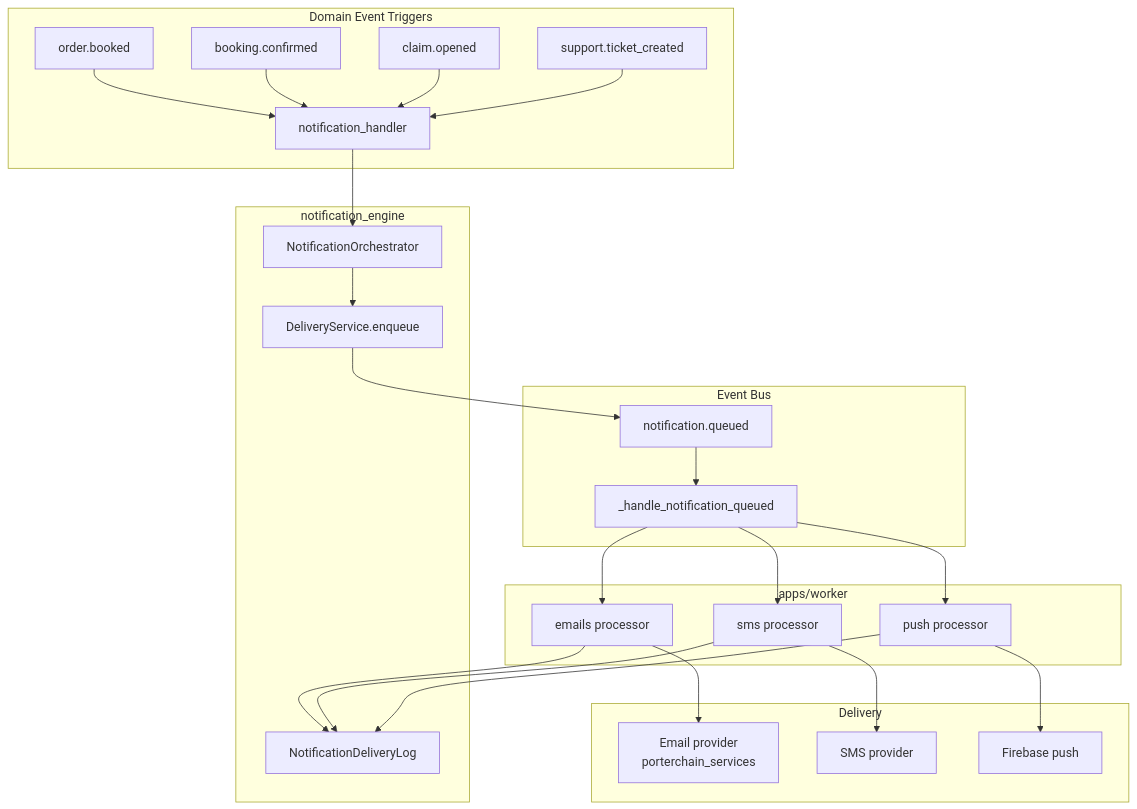
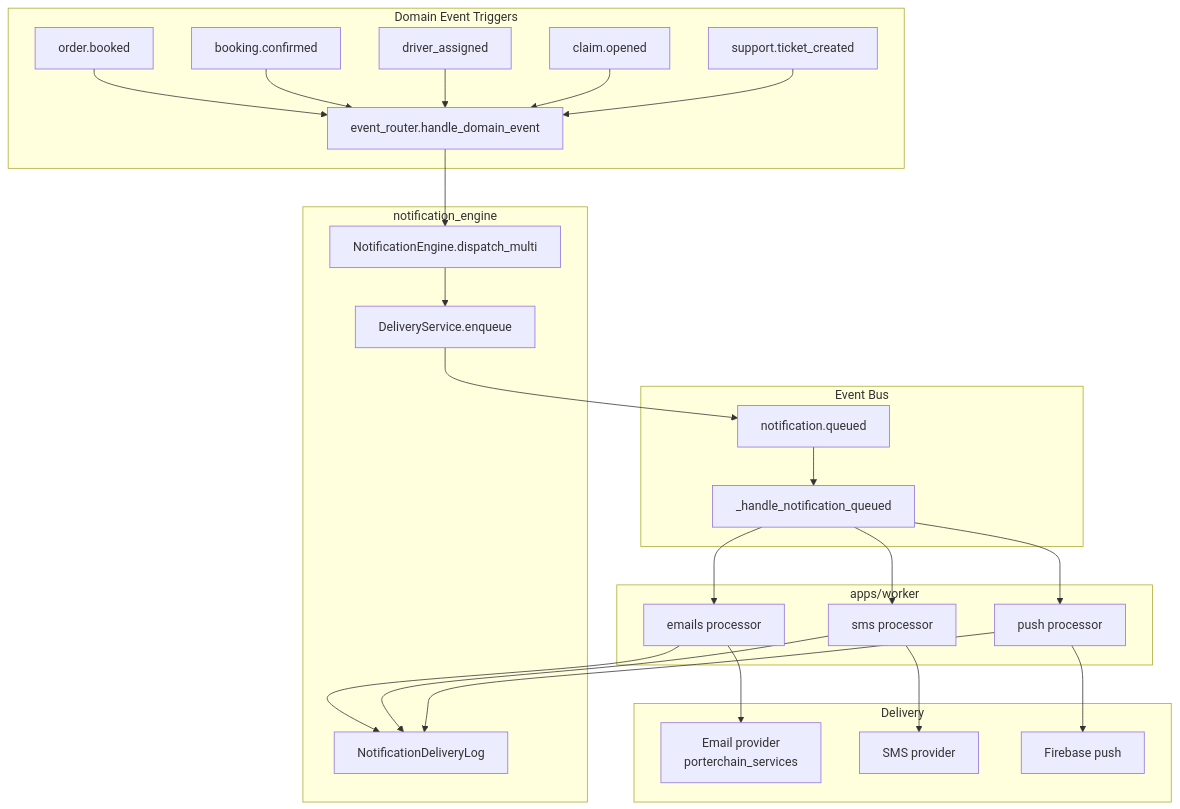
One commit to PORTERCHAIN-INC/PCD changed the diagram in docs/architecture/NOTIFICATION_FLOW.md. Above: the diagram before and after it, drawn with Mermaid. The commit also changed other lines of this file and 453 other files, not shown here.

````diff
--- a/docs/architecture/NOTIFICATION_FLOW.md
+++ b/docs/architecture/NOTIFICATION_FLOW.md
@@ -31,44 +50,45 @@
 ```mermaid
 flowchart TB
   subgraph Triggers["Domain Event Triggers"]
     OB[order.booked]
     BC[booking.confirmed]
+    DA[driver_assigned]
     CO[claim.opened]
     ST[support.ticket_created]
-    NH[notification_handler]
+    ER[event_router.handle_domain_event]
   end
 
   subgraph NE["notification_engine"]
-    ORCH[NotificationOrchestrator]
+    ENG[NotificationEngine.dispatch_multi]
     DEL[DeliveryService.enqueue]
     LOG[NotificationDeliveryLog]
   end
 
   subgraph Bus["Event Bus"]
     NQ[notification.queued]
     H[_handle_notification_queued]
   end
 
   subgraph Worker["apps/worker"]
     EP[emails processor]
     SP[sms processor]
     PP[push processor]
   end
 
   subgraph Channels["Delivery"]
     EMAIL[Email provider<br/>porterchain_services]
     SMS[SMS provider]
     PUSH[Firebase push]
   end
 
-  OB & BC & CO & ST --> NH
-  NH --> ORCH
-  ORCH --> DEL
+  OB & BC & DA & CO & ST --> ER
+  ER --> ENG
+  ENG --> DEL
   DEL --> NQ
   NQ --> H
   H --> EP & SP & PP
   EP --> EMAIL
   SP --> SMS
   PP --> PUSH
   EP & SP & PP --> LOG
 ```
````
